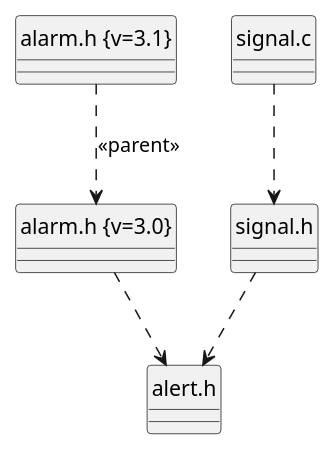
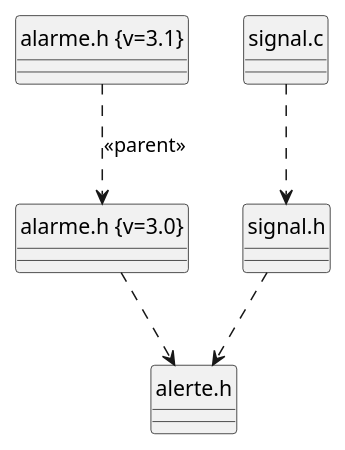
The diagram in plant_uml/codeSourceModel.plantuml (gigl-uml/Guide_uml_polymtl), drawn with PlantUML before and after one commit. The commit also changed 10 other files, not shown here.

```diff
--- a/plant_uml/codeSourceModel.plantuml
+++ b/plant_uml/codeSourceModel.plantuml
@@ -1,14 +1,14 @@
 @startuml
 skinparam backgroundcolor transparent
 hide circle
 class "signal.h" as file1
 class "signal.c" as file2
-class "alert.h" as file3
-class "alarm.h {v=3.0}" as file4
-class "alarm.h {v=3.1}" as file5
+class "alerte.h" as file3
+class "alarme.h {v=3.0}" as file4
+class "alarme.h {v=3.1}" as file5
 
 file2 ..> file1
 file1 ..> file3
 file4 ..> file3
 file5 ..> file4:<<parent>>
 @enduml
```
